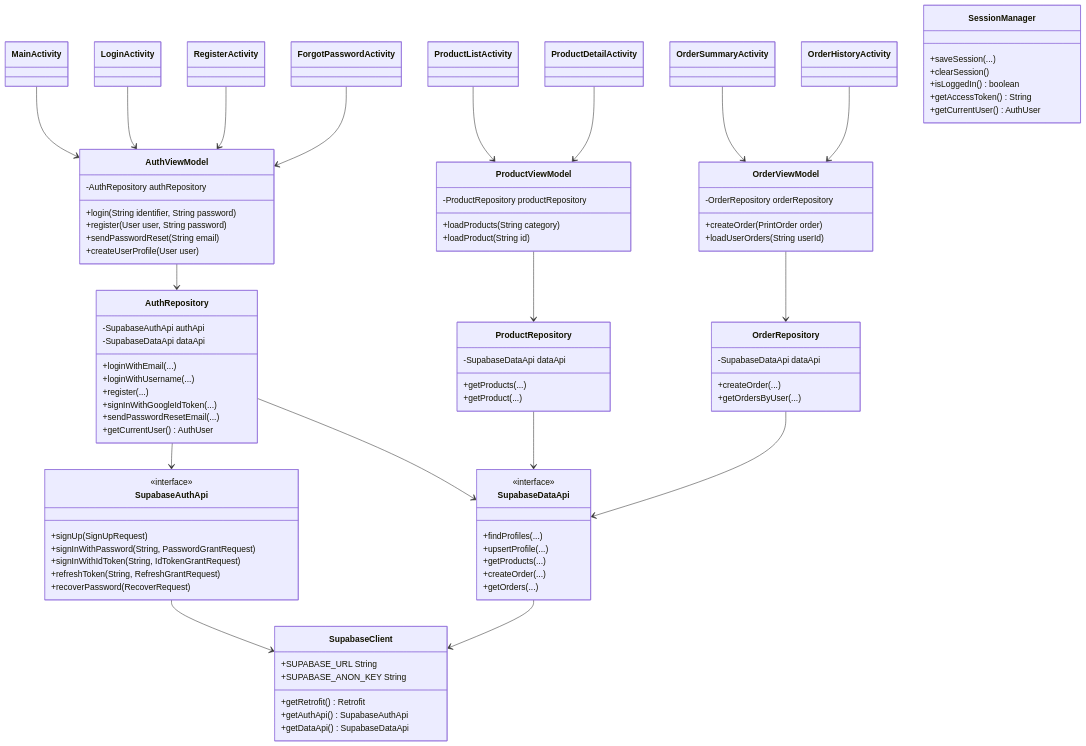
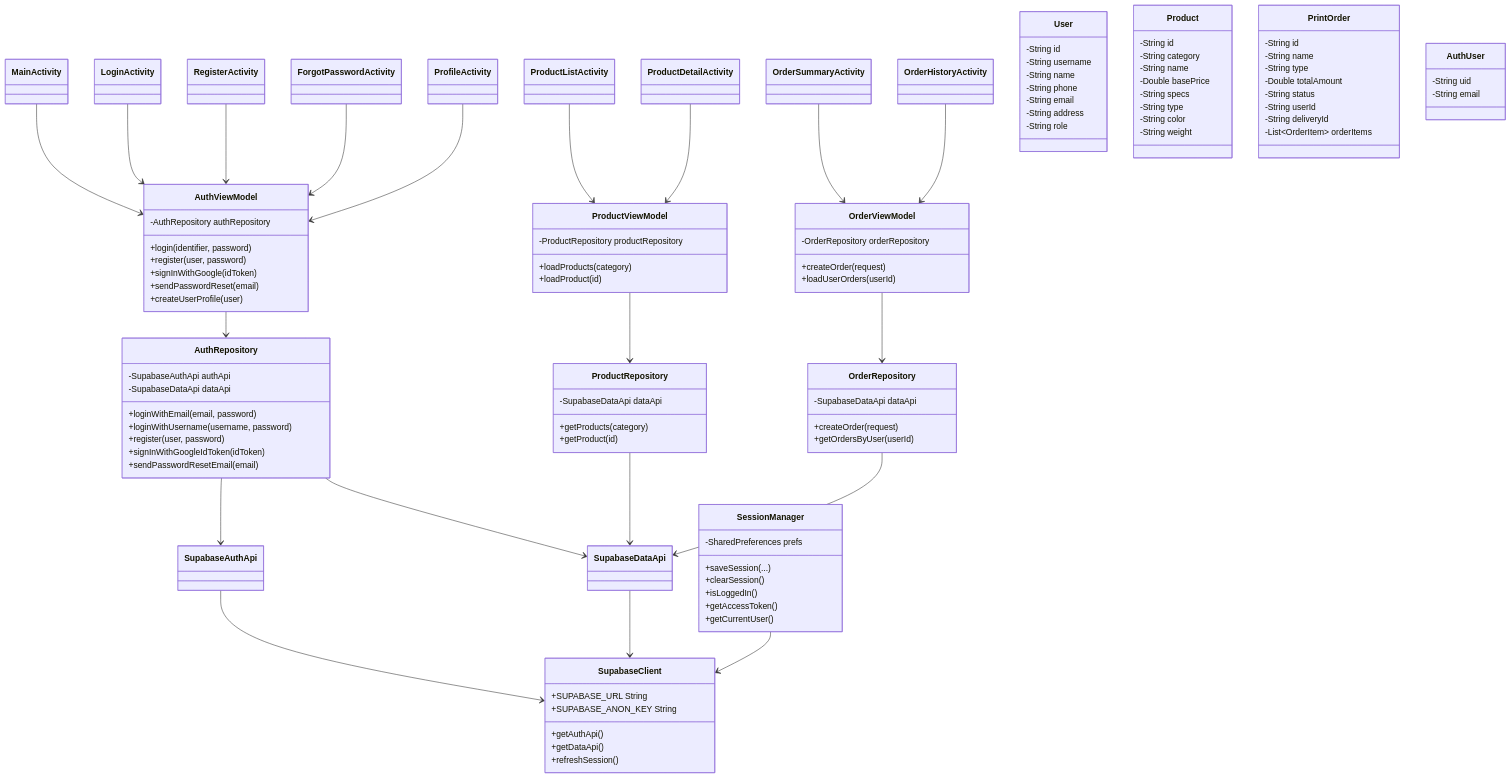
Before and after one commit to Fathima-Asna/ICBT-MAD-Assignment: the fifth of 13 diagrams in README.md, drawn with Mermaid. The commit also changed other lines of this file, not shown here.

Commit message:
docs: update comprehensive README with user manual, UML diagrams and technical docs

````diff
--- a/README.md
+++ b/README.md
@@ -194,82 +520,103 @@
     class ProductDetailActivity
     class OrderSummaryActivity
     class OrderHistoryActivity
+    class ProfileActivity
 
     class AuthViewModel {
         -AuthRepository authRepository
-        +login(String identifier, String password)
-        +register(User user, String password)
-        +sendPasswordReset(String email)
-        +createUserProfile(User user)
+        +login(identifier, password)
+        +register(user, password)
+        +signInWithGoogle(idToken)
+        +sendPasswordReset(email)
+        +createUserProfile(user)
     }
 
     class ProductViewModel {
         -ProductRepository productRepository
-        +loadProducts(String category)
-        +loadProduct(String id)
+        +loadProducts(category)
+        +loadProduct(id)
     }
 
     class OrderViewModel {
         -OrderRepository orderRepository
-        +createOrder(PrintOrder order)
-        +loadUserOrders(String userId)
+        +createOrder(request)
+        +loadUserOrders(userId)
     }
 
     class AuthRepository {
         -SupabaseAuthApi authApi
         -SupabaseDataApi dataApi
-        +loginWithEmail(...)
-        +loginWithUsername(...)
-        +register(...)
-        +signInWithGoogleIdToken(...)
-        +sendPasswordResetEmail(...)
-        +getCurrentUser() AuthUser
+        +loginWithEmail(email, password)
+        +loginWithUsername(username, password)
+        +register(user, password)
+        +signInWithGoogleIdToken(idToken)
+        +sendPasswordResetEmail(email)
     }
 
     class ProductRepository {
         -SupabaseDataApi dataApi
-        +getProducts(...)
-        +getProduct(...)
+        +getProducts(category)
+        +getProduct(id)
     }
 
     class OrderRepository {
         -SupabaseDataApi dataApi
-        +createOrder(...)
-        +getOrdersByUser(...)
-    }
-
-    class SupabaseAuthApi {
-        <<interface>>
-        +signUp(SignUpRequest)
-        +signInWithPassword(String, PasswordGrantRequest)
-        +signInWithIdToken(String, IdTokenGrantRequest)
-        +refreshToken(String, RefreshGrantRequest)
-        +recoverPassword(RecoverRequest)
-    }
-
-    class SupabaseDataApi {
-        <<interface>>
-        +findProfiles(...)
-        +upsertProfile(...)
-        +getProducts(...)
-        +createOrder(...)
-        +getOrders(...)
+        +createOrder(request)
+        +getOrdersByUser(userId)
     }
 
     class SupabaseClient {
         +SUPABASE_URL String
         +SUPABASE_ANON_KEY String
-        +getRetrofit() Retrofit
-        +getAuthApi() SupabaseAuthApi
-        +getDataApi() SupabaseDataApi
+        +getAuthApi()
+        +getDataApi()
+        +refreshSession()
     }
 
     class SessionManager {
+        -SharedPreferences prefs
         +saveSession(...)
         +clearSession()
-        +isLoggedIn() boolean
-        +getAccessToken() String
-        +getCurrentUser() AuthUser
+        +isLoggedIn()
+        +getAccessToken()
+        +getCurrentUser()
+    }
+
+    class User {
+        -String id
+        -String username
+        -String name
+        -String phone
+        -String email
+        -String address
+        -String role
+    }
+
+    class Product {
+        -String id
+        -String category
+        -String name
+        -Double basePrice
+        -String specs
+        -String type
+        -String color
+        -String weight
+    }
+
+    class PrintOrder {
+        -String id
+        -String name
+        -String type
+        -Double totalAmount
+        -String status
+        -String userId
+        -String deliveryId
+        -List~OrderItem~ orderItems
+    }
+
+    class AuthUser {
+        -String uid
+        -String email
     }
 
     MainActivity --> AuthViewModel
@@ -280,6 +627,7 @@
     ProductDetailActivity --> ProductViewModel
     OrderSummaryActivity --> OrderViewModel
     OrderHistoryActivity --> OrderViewModel
+    ProfileActivity --> AuthViewModel
 
     AuthViewModel --> AuthRepository
     ProductViewModel --> ProductRepository
@@ -289,6 +637,8 @@
     AuthRepository --> SupabaseDataApi
     ProductRepository --> SupabaseDataApi
     OrderRepository --> SupabaseDataApi
+
     SupabaseAuthApi --> SupabaseClient
     SupabaseDataApi --> SupabaseClient
+    SessionManager --> SupabaseClient
 ```
````
